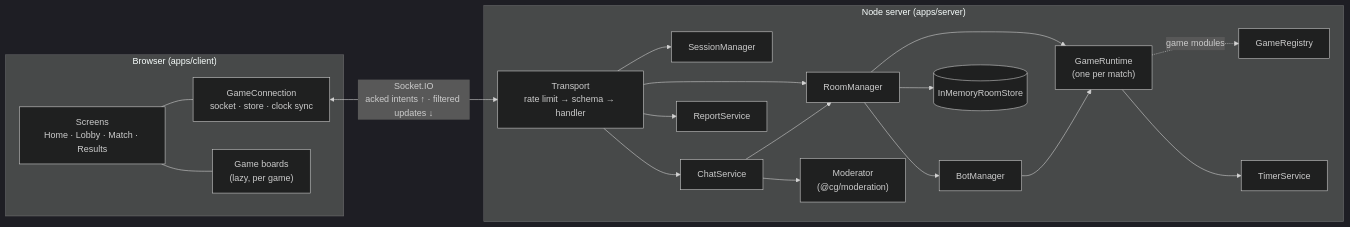
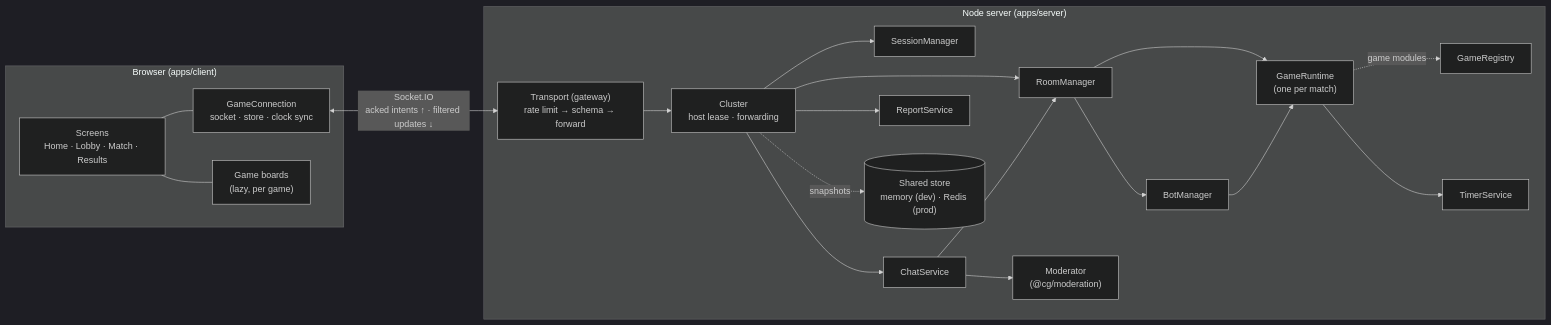
One commit to Archiit-jain/classroom-games changed the first of 2 diagrams in docs/ARCHITECTURE.md. Above: the diagram before and after it, drawn with Mermaid (dark theme). The commit also changed other lines of this file and 20 other files, not shown here.

First line of the commit message:
docs: Phase 6 — production architecture, deployment and Dots & Boxes

````diff
--- a/docs/ARCHITECTURE.md
+++ b/docs/ARCHITECTURE.md
@@ -8,33 +8,36 @@
 ```mermaid
 flowchart LR
   subgraph Browser["Browser (apps/client)"]
     UI["Screens<br/>Home · Lobby · Match · Results"]
     Conn["GameConnection<br/>socket · store · clock sync"]
     Boards["Game boards<br/>(lazy, per game)"]
     UI --- Conn
     UI --- Boards
   end
 
   subgraph Server["Node server (apps/server)"]
-    T["Transport<br/>rate limit → schema → handler"]
+    T["Transport (gateway)<br/>rate limit → schema → forward"]
+    Cl["Cluster<br/>host lease · forwarding"]
     S["SessionManager"]
     R["RoomManager"]
     RT["GameRuntime<br/>(one per match)"]
     B["BotManager"]
     C["ChatService"]
     Rep["ReportService"]
     M["Moderator<br/>(@cg/moderation)"]
     Reg["GameRegistry"]
     Tim["TimerService"]
-    Store[("InMemoryRoomStore")]
-    T --> S & R & C & Rep
-    R --> RT & Store & B
+    Store[("Shared store<br/>memory (dev) · Redis (prod)")]
+    T --> Cl
+    Cl --> S & R & C & Rep
+    Cl -. snapshots .-> Store
+    R --> RT & B
     RT --> Tim
     RT -. game modules .-> Reg
     B --> RT
     C --> M
     C --> R
   end
 
   Conn <-- "Socket.IO<br/>acked intents ↑ · filtered updates ↓" --> T
 ```
````
